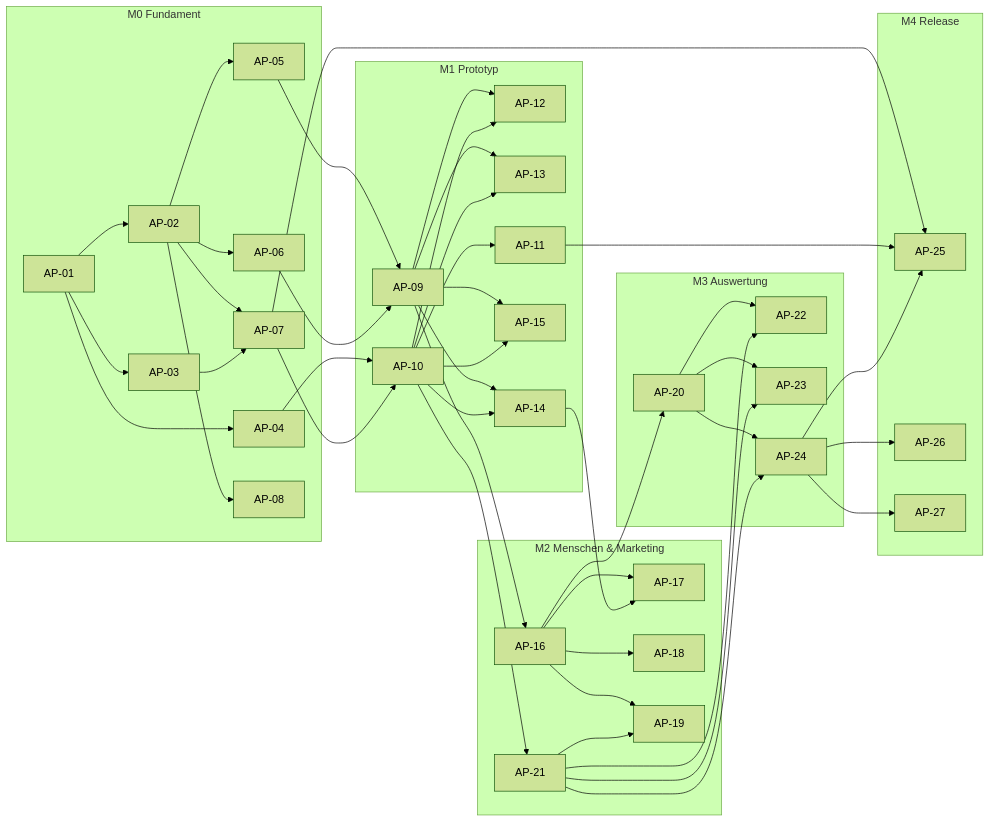
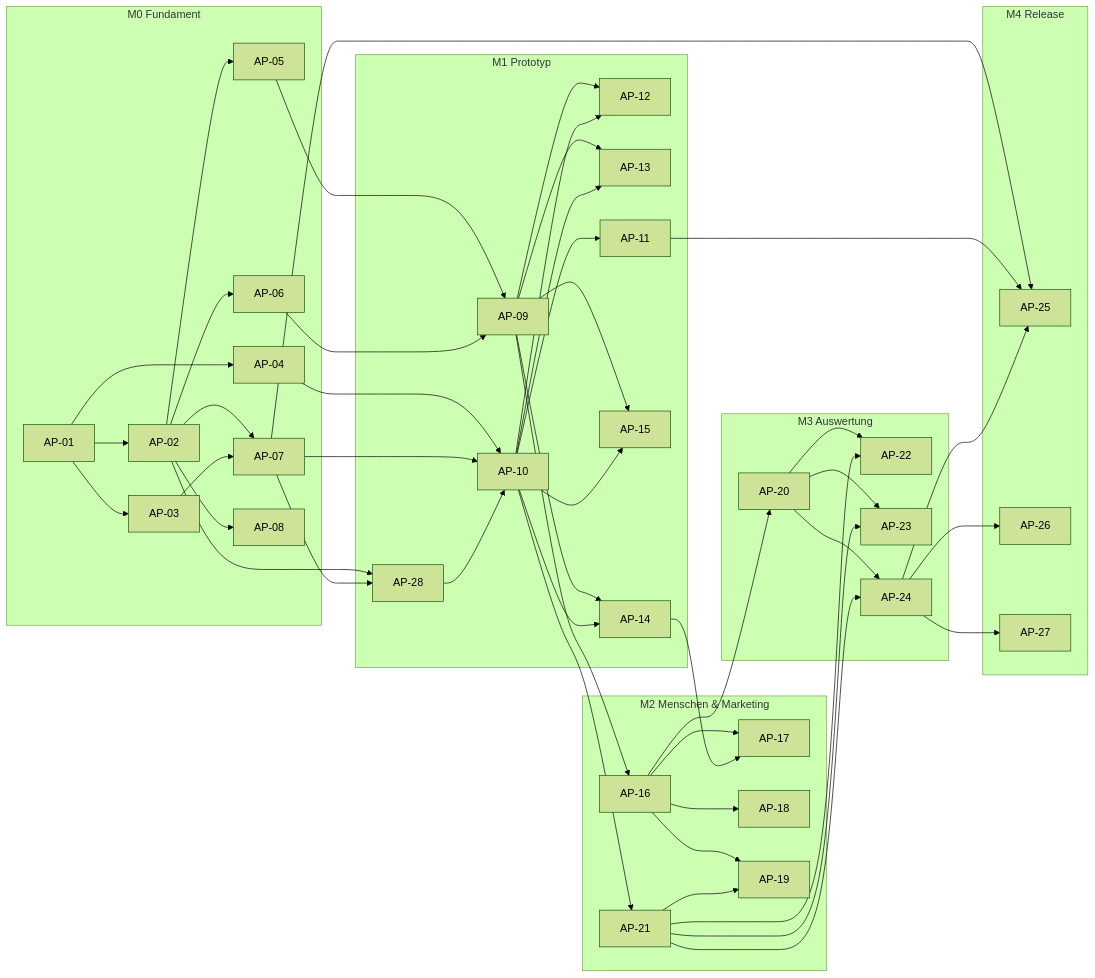
One commit to CemDCoding/appManager changed the third of 3 diagrams in docs/masterBuildPlan.md. Above: the diagram before and after it, drawn with Mermaid (forest theme). The commit also changed other lines of this file, not shown here.

````diff
--- a/docs/masterBuildPlan.md
+++ b/docs/masterBuildPlan.md
@@ -555,34 +558,36 @@
 ```mermaid
 flowchart LR
   subgraph M0["M0 Fundament"]
     AP01["AP-01"] --> AP02["AP-02"] & AP03["AP-03"] & AP04["AP-04"]
     AP02 --> AP05["AP-05"] & AP06["AP-06"] & AP07["AP-07"] & AP08["AP-08"]
     AP03 --> AP07
   end
   subgraph M1["M1 Prototyp"]
     AP09["AP-09"]
+    AP28["AP-28"]
     AP10["AP-10"]
     AP09 & AP10 --> AP12["AP-12"] & AP13["AP-13"] & AP14["AP-14"] & AP15["AP-15"]
     AP10 --> AP11["AP-11"]
   end
   subgraph M2["M2 Menschen & Marketing"]
     AP16["AP-16"] --> AP17["AP-17"] & AP18["AP-18"] & AP19["AP-19"]
     AP21["AP-21"] --> AP19
   end
   subgraph M3["M3 Auswertung"]
     AP20["AP-20"] --> AP22["AP-22"] & AP23["AP-23"] & AP24["AP-24"]
   end
   AP21 --> AP22 & AP23 & AP24
   AP14 --> AP17
   subgraph M4["M4 Release"]
     AP25["AP-25"]
     AP26["AP-26"]
     AP27["AP-27"]
   end
   AP05 & AP06 --> AP09
-  AP04 & AP07 --> AP10
+  AP02 & AP07 --> AP28
+  AP04 & AP07 & AP28 --> AP10
   AP09 --> AP16 --> AP20
   AP10 --> AP21
   AP07 & AP11 --> AP25
   AP24 --> AP25 & AP26 & AP27
 ```
````
